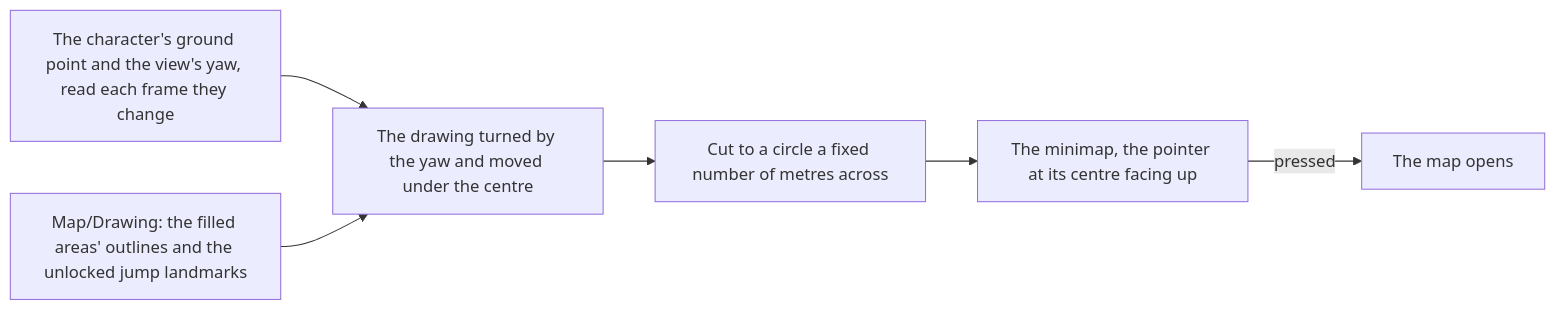
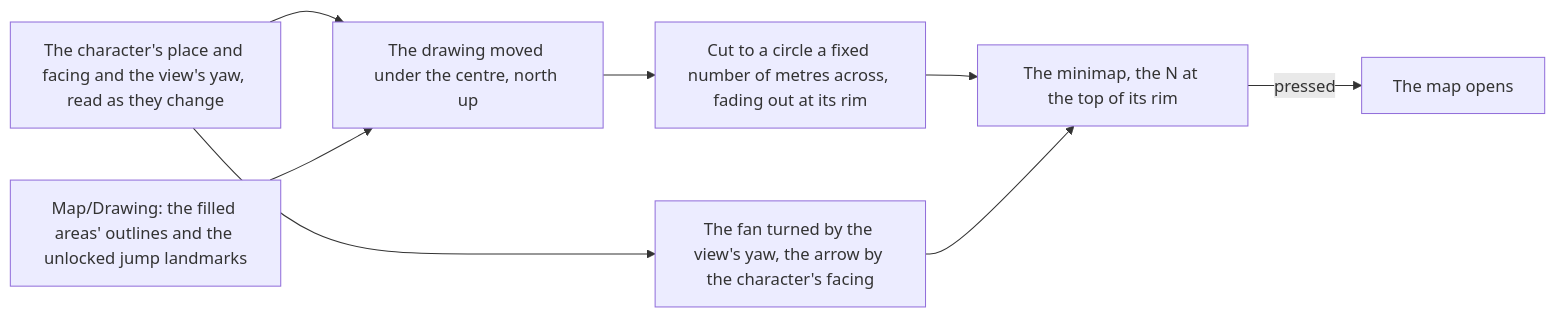
One commit to Esposter/Esposter changed the diagram in apps/web/content/docs/genshin/minimap.md. Above: the diagram before and after it, drawn with Mermaid. The commit also changed other lines of this file and 13 other files, not shown here.

First line of the commit message:
feat(genshin-world): the minimap keeps north up, with the game's fan, arrow and N placed by its interface tree

````diff
--- a/apps/web/content/docs/genshin/minimap.md
+++ b/apps/web/content/docs/genshin/minimap.md
@@ -12,8 +12,10 @@
 ```mermaid
 flowchart LR
-  CAM["The character's ground point and the view's yaw, read each frame they change"] --> TURN["The drawing turned by the yaw and moved under the centre"]
-  DRAW["Map/Drawing: the filled areas' outlines and the unlocked jump landmarks"] --> TURN
-  TURN --> CUT["Cut to a circle a fixed number of metres across"]
-  CUT --> MINI["The minimap, the pointer at its centre facing up"]
+  CAM["The character's place and facing and the view's yaw, read as they change"] --> MOVE["The drawing moved under the centre, north up"]
+  DRAW["Map/Drawing: the filled areas' outlines and the unlocked jump landmarks"] --> MOVE
+  MOVE --> CUT["Cut to a circle a fixed number of metres across, fading out at its rim"]
+  CAM --> MARKS["The fan turned by the view's yaw, the arrow by the character's facing"]
+  CUT --> MINI["The minimap, the N at the top of its rim"]
+  MARKS --> MINI
   MINI -->|"pressed"| MAP["The map opens"]
 ```
````
